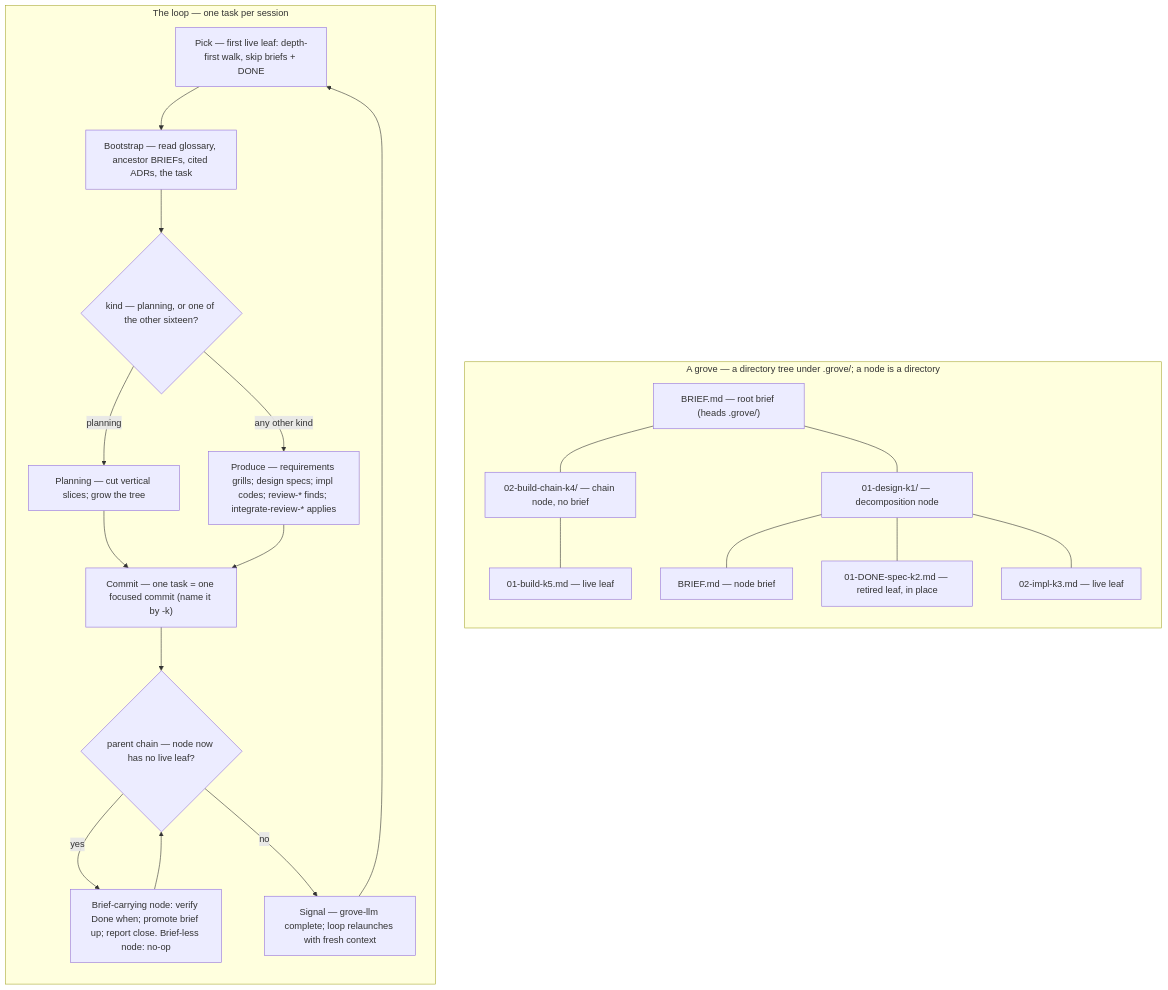
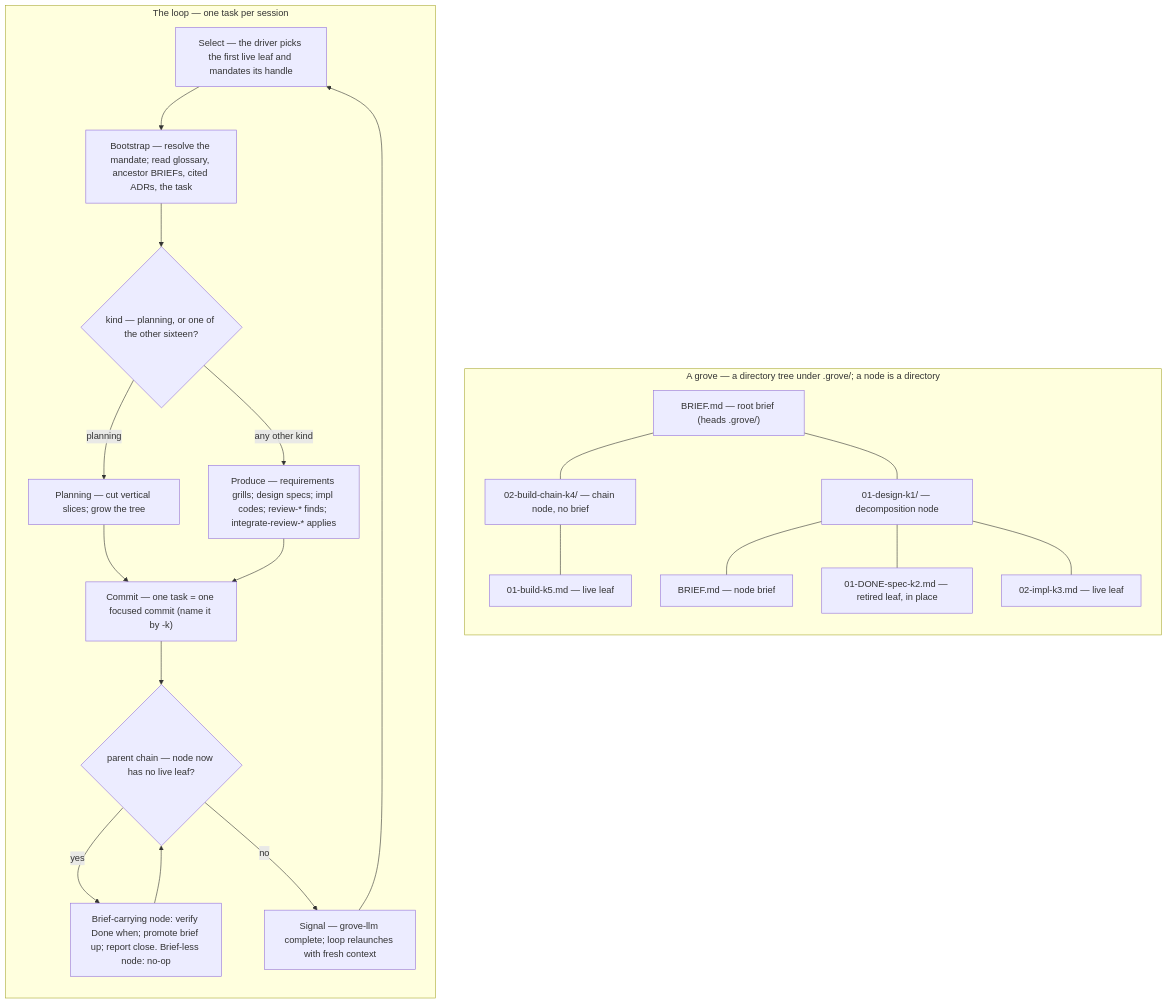
Before and after one commit to Linkuistics/grove: the diagram in content/SKILL.md, drawn with Mermaid. The commit also changed other lines of this file and 8 other files, not shown here.

````diff
--- a/content/SKILL.md
+++ b/content/SKILL.md
@@ -13,37 +13,37 @@
 ```mermaid
 flowchart TD
   subgraph tree["A grove — a directory tree under .grove/; a node is a directory"]
     direction TB
     root["BRIEF.md — root brief (heads .grove/)"]
     n1["01-design-k1/ — decomposition node"]
     nb1["BRIEF.md — node brief"]
     l1["01-DONE-spec-k2.md — retired leaf, in place"]
     l2["02-impl-k3.md — live leaf"]
     n2["02-build-chain-k4/ — chain node, no brief"]
     c1["01-build-k5.md — live leaf"]
     root --- n1
     root --- n2
     n2 --- c1
     n1 --- nb1
     n1 --- l1
     n1 --- l2
   end
   subgraph loop["The loop — one task per session"]
     direction TB
-    pick["Pick — first live leaf: depth-first walk, skip briefs + DONE"]
-    boot["Bootstrap — read glossary, ancestor BRIEFs, cited ADRs, the task"]
+    pick["Select — the driver picks the first live leaf and mandates its handle"]
+    boot["Bootstrap — resolve the mandate; read glossary, ancestor BRIEFs, cited ADRs, the task"]
     exec{"kind — planning, or one of the other sixteen?"}
     plan["Planning — cut vertical slices; grow the tree"]
     work["Produce — requirements grills; design specs; impl codes; review-* finds; integrate-review-* applies"]
     commit["Commit — one task = one focused commit (name it by <slug>-k<key>)"]
     retire{"parent chain — node now has no live leaf?"}
     ret["Brief-carrying node: verify Done when; promote brief up; report close. Brief-less node: no-op"]
     signal["Signal — grove-llm complete; loop relaunches with fresh context"]
     pick --> boot --> exec
     exec -->|planning| plan --> commit
     exec -->|any other kind| work --> commit
     commit --> retire
     retire -->|yes| ret --> retire
     retire -->|no| signal --> pick
   end
 ```
````
